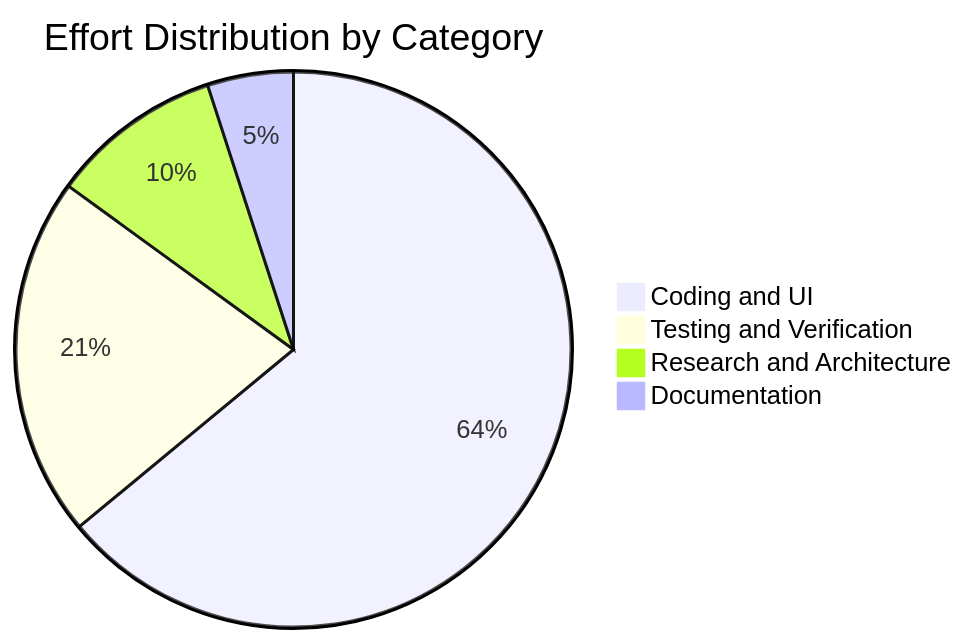
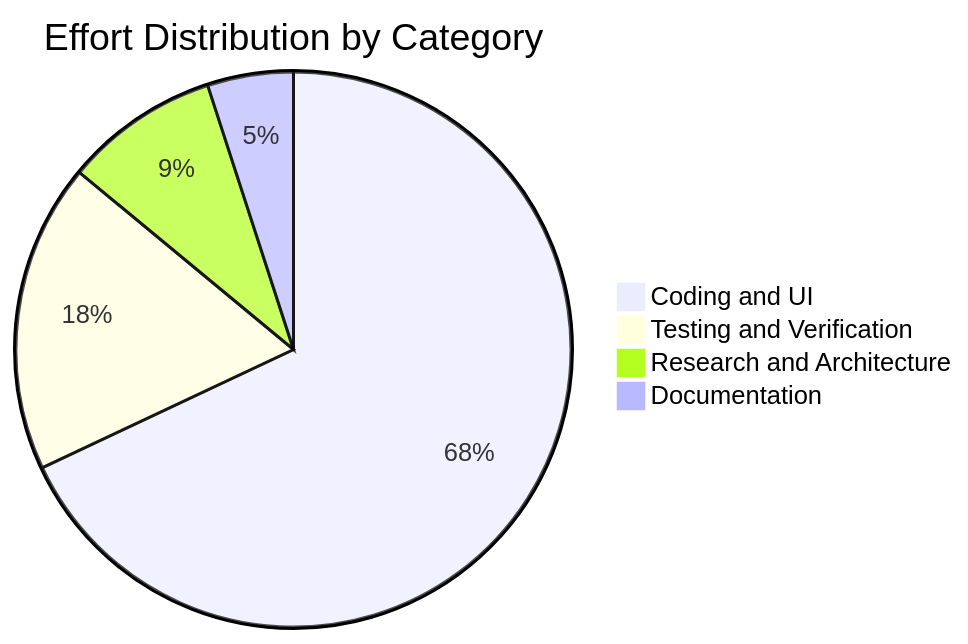
Before and after one commit to roger64s/CodeWithKris: the first of 2 diagrams in docs/PROJECT_SUMMARY.md, drawn with Mermaid. The commit also changed other lines of this file and 9 other files, not shown here.

````diff
--- a/docs/PROJECT_SUMMARY.md
+++ b/docs/PROJECT_SUMMARY.md
@@ -24,7 +24,7 @@
 ```mermaid
 pie title Effort Distribution by Category
-    "Coding and UI" : 64
-    "Testing and Verification" : 21
-    "Research and Architecture" : 10
+    "Coding and UI" : 68
+    "Testing and Verification" : 18
+    "Research and Architecture" : 9
     "Documentation" : 5
 ```
````
